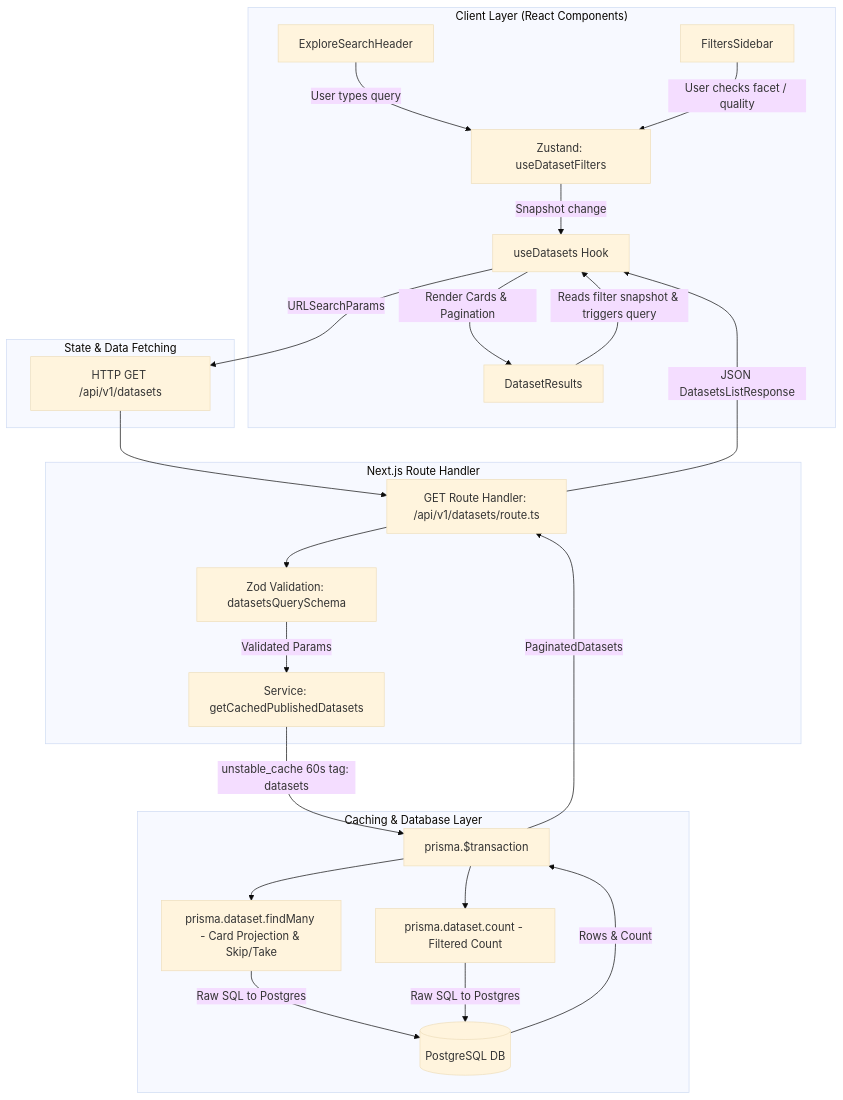
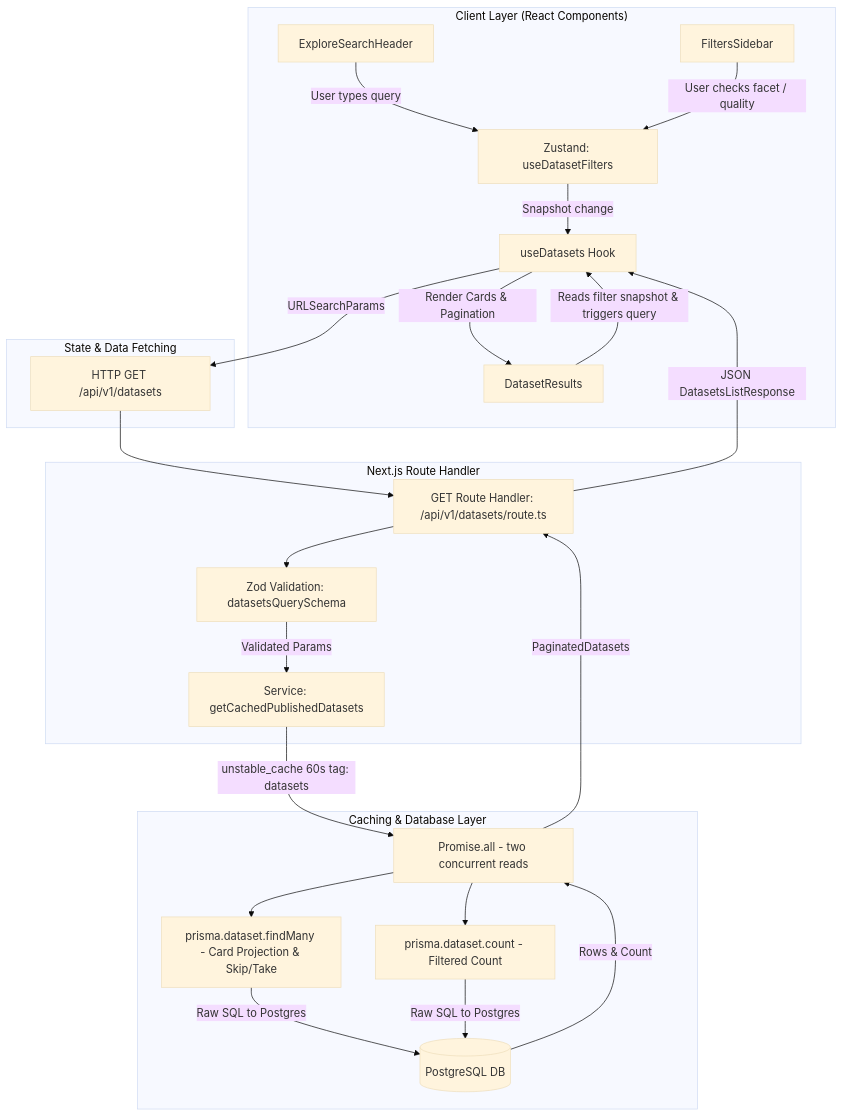
One commit to GauravM0090/data_marketplace changed the first of 3 diagrams in docs/datasets.md. Above: the diagram before and after it, drawn with Mermaid (base theme). The commit also changed other lines of this file and 9 other files, not shown here.

First line of the commit message:
docs: handover pass — Google OAuth setup, Dodo setup + scope, schema/API to latest, .env.example

````diff
--- a/docs/datasets.md
+++ b/docs/datasets.md
@@ -24,31 +24,31 @@
 ```mermaid
 flowchart TD
     subgraph UI ["Client Layer (React Components)"]
         A[ExploreSearchHeader] -->|User types query| B[Zustand: useDatasetFilters]
         C[FiltersSidebar] -->|User checks facet / quality| B
         D[DatasetResults] -->|Reads filter snapshot & triggers query| E[useDatasets Hook]
     end
 
     subgraph Store ["State & Data Fetching"]
         B -->|Snapshot change| E
         E -->|URLSearchParams| F[HTTP GET /api/v1/datasets]
     end
 
     subgraph API ["Next.js Route Handler"]
         F --> G[GET Route Handler: /api/v1/datasets/route.ts]
         G --> H[Zod Validation: datasetsQuerySchema]
         H -->|Validated Params| I[Service: getCachedPublishedDatasets]
     end
 
     subgraph CacheDB ["Caching & Database Layer"]
-        I -->|unstable_cache 60s tag: datasets| J[prisma.$transaction]
+        I -->|unstable_cache 60s tag: datasets| J[Promise.all - two concurrent reads]
         J --> K1[prisma.dataset.findMany - Card Projection & Skip/Take]
         J --> K2[prisma.dataset.count - Filtered Count]
         K1 & K2 -->|Raw SQL to Postgres| L[(PostgreSQL DB)]
     end
 
     L -->|Rows & Count| J
     J -->|PaginatedDatasets| G
     G -->|JSON DatasetsListResponse| E
     E -->|Render Cards & Pagination| D
 ```
````
